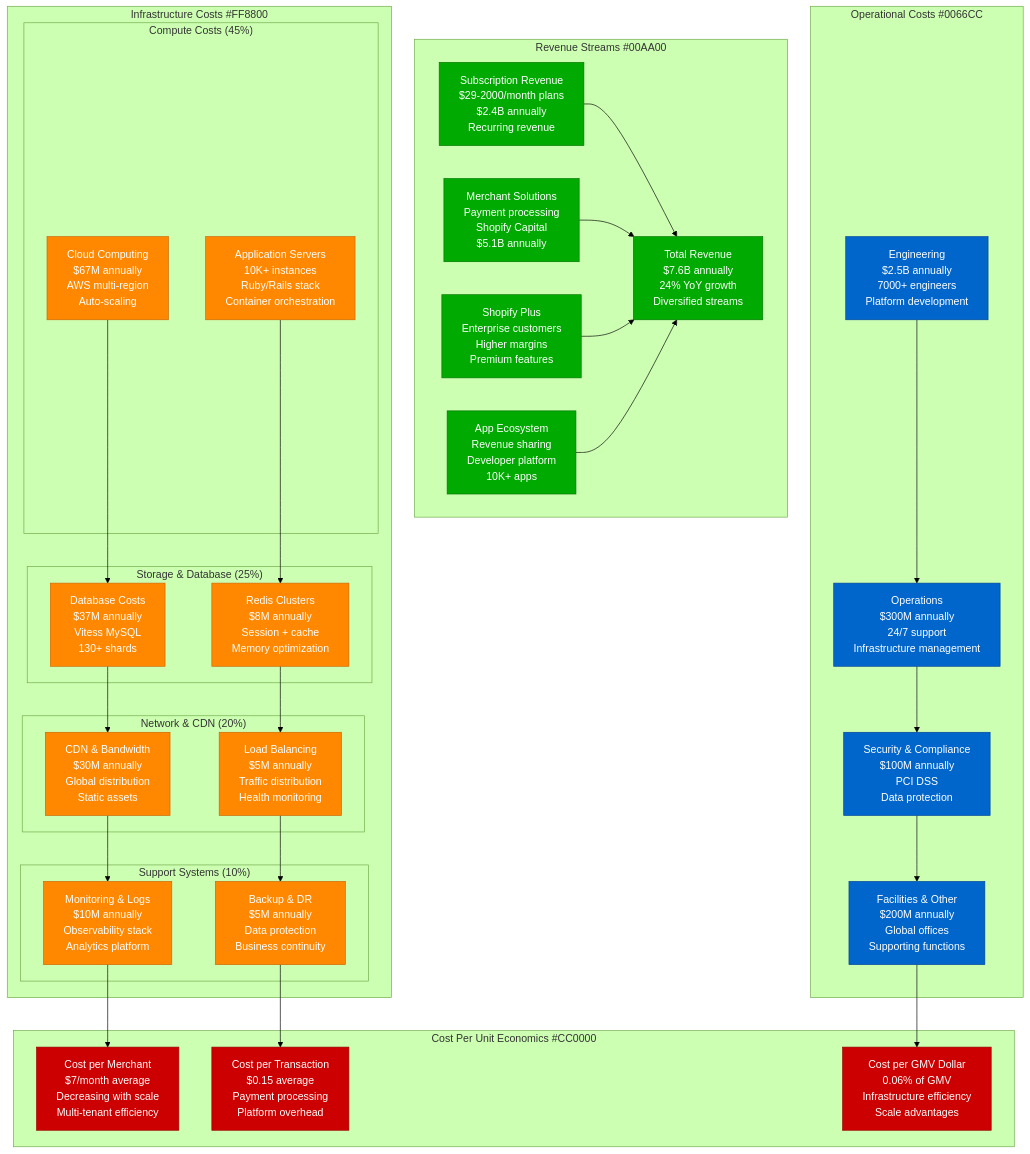
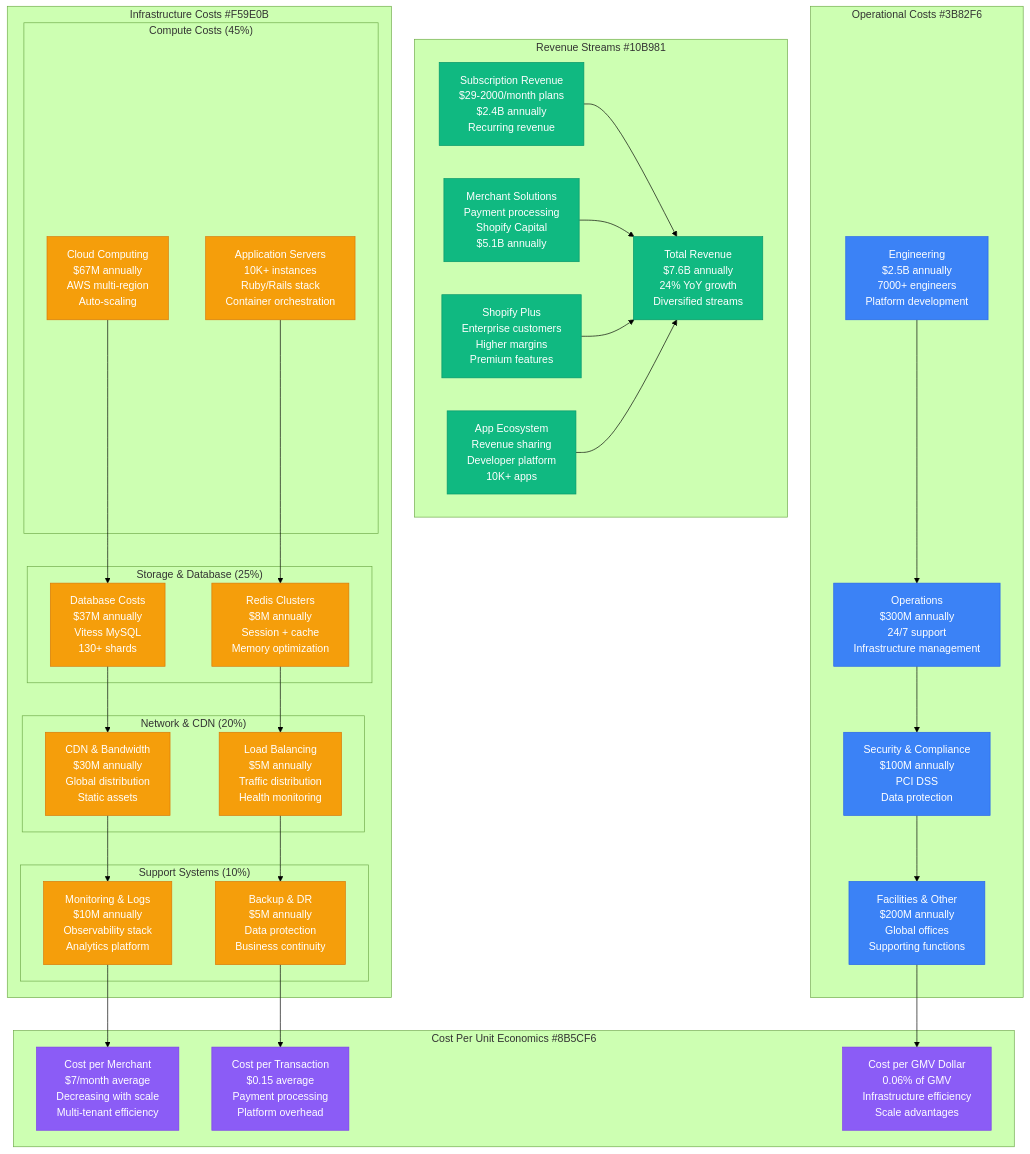
Before and after one commit to deepaucksharma/DS: the first of 9 diagrams in site/docs/systems/shopify/cost-breakdown.md, drawn with Mermaid (forest theme). The commit also changed other lines of this file and 303 other files, not shown here.

````diff
--- a/site/docs/systems/shopify/cost-breakdown.md
+++ b/site/docs/systems/shopify/cost-breakdown.md
@@ -9,81 +9,81 @@
 ```mermaid
 graph TB
-    subgraph "Revenue Streams #00AA00"
+    subgraph "Revenue Streams #10B981"
         SUBSCRIPTION[Subscription Revenue<br/>$29-2000/month plans<br/>$2.4B annually<br/>Recurring revenue]
         MERCHANT_SOLUTIONS[Merchant Solutions<br/>Payment processing<br/>Shopify Capital<br/>$5.1B annually]
         PLUS_ENTERPRISE[Shopify Plus<br/>Enterprise customers<br/>Higher margins<br/>Premium features]
         APP_ECOSYSTEM[App Ecosystem<br/>Revenue sharing<br/>Developer platform<br/>10K+ apps]
 
         TOTAL_REVENUE[Total Revenue<br/>$7.6B annually<br/>24% YoY growth<br/>Diversified streams]
     end
 
-    subgraph "Infrastructure Costs #FF8800"
+    subgraph "Infrastructure Costs #F59E0B"
         subgraph "Compute Costs (45%)"
             CLOUD_COMPUTE[Cloud Computing<br/>$67M annually<br/>AWS multi-region<br/>Auto-scaling]
             APP_SERVERS[Application Servers<br/>10K+ instances<br/>Ruby/Rails stack<br/>Container orchestration]
         end
 
         subgraph "Storage & Database (25%)"
             DATABASE_COSTS[Database Costs<br/>$37M annually<br/>Vitess MySQL<br/>130+ shards]
             REDIS_COSTS[Redis Clusters<br/>$8M annually<br/>Session + cache<br/>Memory optimization]
         end
 
         subgraph "Network & CDN (20%)"
             CDN_COSTS[CDN & Bandwidth<br/>$30M annually<br/>Global distribution<br/>Static assets]
             LOAD_BALANCING[Load Balancing<br/>$5M annually<br/>Traffic distribution<br/>Health monitoring]
         end
 
         subgraph "Support Systems (10%)"
             MONITORING[Monitoring & Logs<br/>$10M annually<br/>Observability stack<br/>Analytics platform]
             BACKUP_DR[Backup & DR<br/>$5M annually<br/>Data protection<br/>Business continuity]
         end
     end
 
-    subgraph "Operational Costs #0066CC"
+    subgraph "Operational Costs #3B82F6"
         ENGINEERING[Engineering<br/>$2.5B annually<br/>7000+ engineers<br/>Platform development]
         OPERATIONS[Operations<br/>$300M annually<br/>24/7 support<br/>Infrastructure management]
         SECURITY[Security & Compliance<br/>$100M annually<br/>PCI DSS<br/>Data protection]
         FACILITIES[Facilities & Other<br/>$200M annually<br/>Global offices<br/>Supporting functions]
     end
 
-    subgraph "Cost Per Unit Economics #CC0000"
+    subgraph "Cost Per Unit Economics #8B5CF6"
         COST_PER_MERCHANT[Cost per Merchant<br/>$7/month average<br/>Decreasing with scale<br/>Multi-tenant efficiency]
         COST_PER_TRANSACTION[Cost per Transaction<br/>$0.15 average<br/>Payment processing<br/>Platform overhead]
         COST_PER_GMV[Cost per GMV Dollar<br/>0.06% of GMV<br/>Infrastructure efficiency<br/>Scale advantages]
     end
 
     %% Revenue aggregation
     SUBSCRIPTION --> TOTAL_REVENUE
     MERCHANT_SOLUTIONS --> TOTAL_REVENUE
     PLUS_ENTERPRISE --> TOTAL_REVENUE
     APP_ECOSYSTEM --> TOTAL_REVENUE
 
     %% Cost aggregation
     CLOUD_COMPUTE --> DATABASE_COSTS
     APP_SERVERS --> REDIS_COSTS
     DATABASE_COSTS --> CDN_COSTS
     REDIS_COSTS --> LOAD_BALANCING
     CDN_COSTS --> MONITORING
     LOAD_BALANCING --> BACKUP_DR
 
     %% Operational connections
     ENGINEERING --> OPERATIONS
     OPERATIONS --> SECURITY
     SECURITY --> FACILITIES
 
     %% Unit economics derivation
     MONITORING --> COST_PER_MERCHANT
     BACKUP_DR --> COST_PER_TRANSACTION
     FACILITIES --> COST_PER_GMV
 
     %% Apply colors
-    classDef revenueStyle fill:#00AA00,stroke:#007700,color:#fff
-    classDef infraStyle fill:#FF8800,stroke:#CC6600,color:#fff
-    classDef operationalStyle fill:#0066CC,stroke:#004499,color:#fff
-    classDef unitStyle fill:#CC0000,stroke:#990000,color:#fff
+    classDef revenueStyle fill:#10B981,stroke:#059669,color:#fff
+    classDef infraStyle fill:#F59E0B,stroke:#D97706,color:#fff
+    classDef operationalStyle fill:#3B82F6,stroke:#2563EB,color:#fff
+    classDef unitStyle fill:#8B5CF6,stroke:#7C3AED,color:#fff
 
     class SUBSCRIPTION,MERCHANT_SOLUTIONS,PLUS_ENTERPRISE,APP_ECOSYSTEM,TOTAL_REVENUE revenueStyle
     class CLOUD_COMPUTE,APP_SERVERS,DATABASE_COSTS,REDIS_COSTS,CDN_COSTS,LOAD_BALANCING,MONITORING,BACKUP_DR infraStyle
     class ENGINEERING,OPERATIONS,SECURITY,FACILITIES operationalStyle
     class COST_PER_MERCHANT,COST_PER_TRANSACTION,COST_PER_GMV unitStyle
 ```
````
